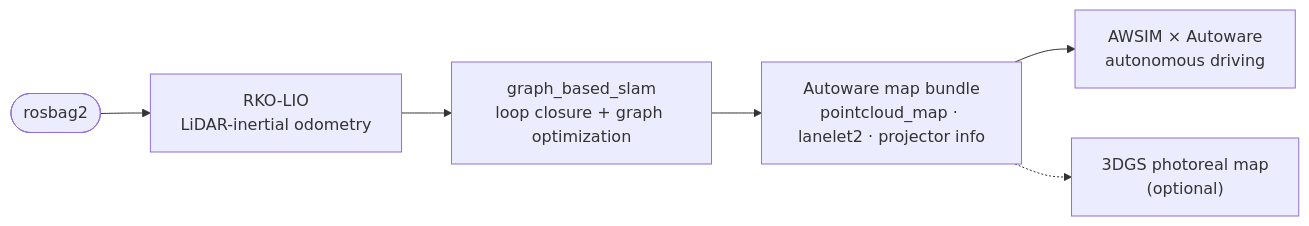
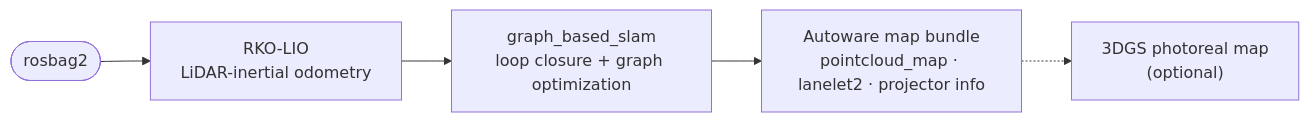
One commit to rsasaki0109/lidar_slam_ros2 changed the diagram in README.md. Above: the diagram before and after it, drawn with Mermaid. The commit also changed other lines of this file and 13 other files, not shown here.

````diff
--- a/README.md
+++ b/README.md
@@ -51,8 +48,7 @@
 ```mermaid
 flowchart LR
     bag(["rosbag2"]) --> rko["RKO-LIO<br/>LiDAR-inertial odometry"]
     rko --> gbs["graph_based_slam<br/>loop closure + graph optimization"]
     gbs --> bundle["Autoware map bundle<br/>pointcloud_map · lanelet2 · projector info"]
-    bundle --> drive["AWSIM × Autoware<br/>autonomous driving"]
     bundle -.-> gs3d["3DGS photoreal map<br/>(optional)"]
 ```
````
